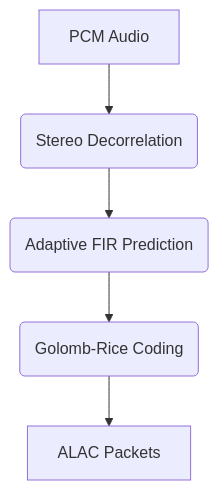
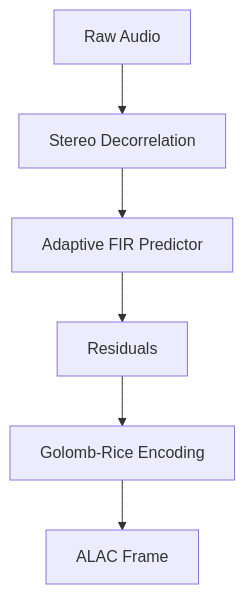
Before and after one commit to ParkWardRR/alac-encoder-rs-lucianari: the diagram in README.md, drawn with Mermaid. The commit also changed other lines of this file and 1 other file, not shown here.

Commit message:
docs: full roadmap and readme overhaul

````diff
--- a/README.md
+++ b/README.md
@@ -13,7 +14,9 @@
 ```mermaid
 graph TD;
-    A[PCM Audio] --> B(Stereo Decorrelation);
-    B --> C(Adaptive FIR Prediction);
-    C --> D(Golomb-Rice Coding);
-    D --> E[ALAC Packets];
+    A[Raw Audio] --> B[Stereo Decorrelation];
+    B --> C[Adaptive FIR Predictor];
+    C --> D[Residuals];
+    D --> E[Golomb-Rice Encoding];
+    E --> F[ALAC Frame];
+
 ```
````
